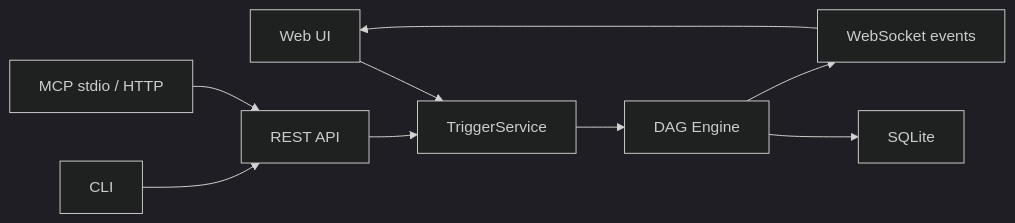
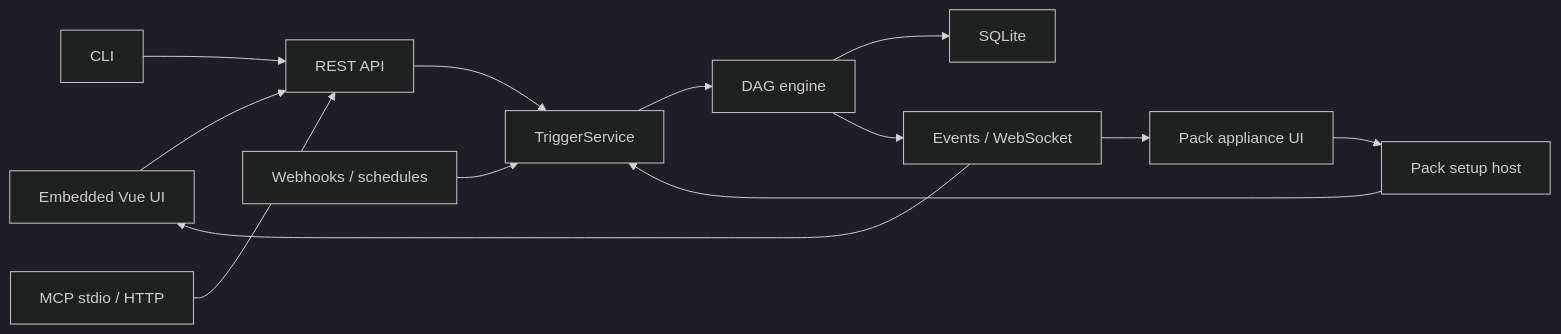
Before and after one commit to hstptcn5/Goflow: the diagram in README.md, drawn with Mermaid (dark theme). The commit also changed other lines of this file, not shown here.

````diff
--- a/README.md
+++ b/README.md
@@ -168,11 +243,15 @@
 ```mermaid
 flowchart LR
-    UI["Web UI"] --> TS["TriggerService"]
-    REST["REST API"] --> TS
-    CLI["CLI"] --> REST
-    MCP["MCP stdio / HTTP"] --> REST
-    TS --> DAG["DAG Engine"]
-    DAG --> SQL["SQLite"]
-    DAG --> WS["WebSocket events"]
-    WS --> UI
+    UI["Embedded Vue UI"] --> API["REST API"]
+    CLI["CLI"] --> API
+    MCP["MCP stdio / HTTP"] --> API
+    WEBHOOK["Webhooks / schedules"] --> TS["TriggerService"]
+    API --> TS
+    APPLIANCE["Pack appliance UI"] --> SETUP["Pack setup host"]
+    SETUP --> TS
+    TS --> DAG["DAG engine"]
+    DAG --> DB["SQLite"]
+    DAG --> EVENTS["Events / WebSocket"]
+    EVENTS --> UI
+    EVENTS --> APPLIANCE
 ```
````
